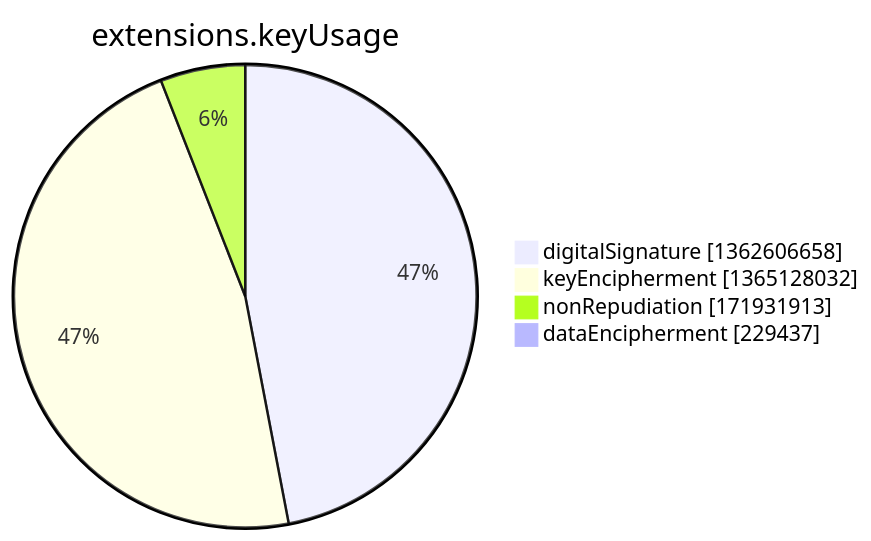
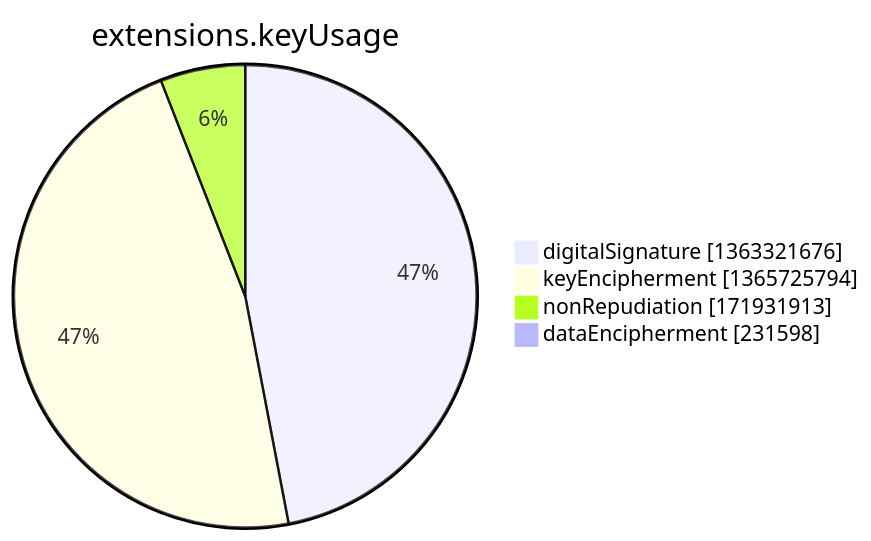
The seventh of 15 diagrams in argon2022/README.md (christiankrug/ctmonitor_visualization), drawn with Mermaid before and after one commit. The commit also changed other lines of this file, not shown here.

````diff
--- a/argon2022/README.md
+++ b/argon2022/README.md
@@ -2750,8 +2751,8 @@
 ```mermaid
 pie showData
 title extensions.keyUsage
-"digitalSignature" :1362606658
-"keyEncipherment" :1365128032
+"digitalSignature" :1363321676
+"keyEncipherment" :1365725794
 "nonRepudiation" :171931913
-"dataEncipherment" :229437
+"dataEncipherment" :231598
 ```
````
